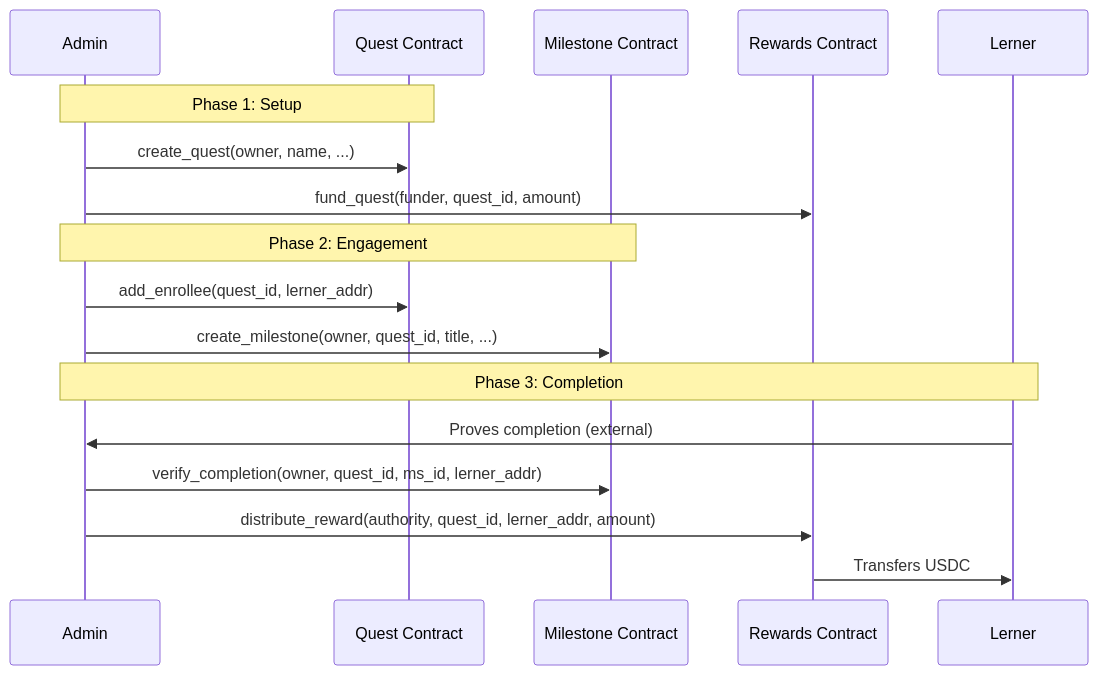
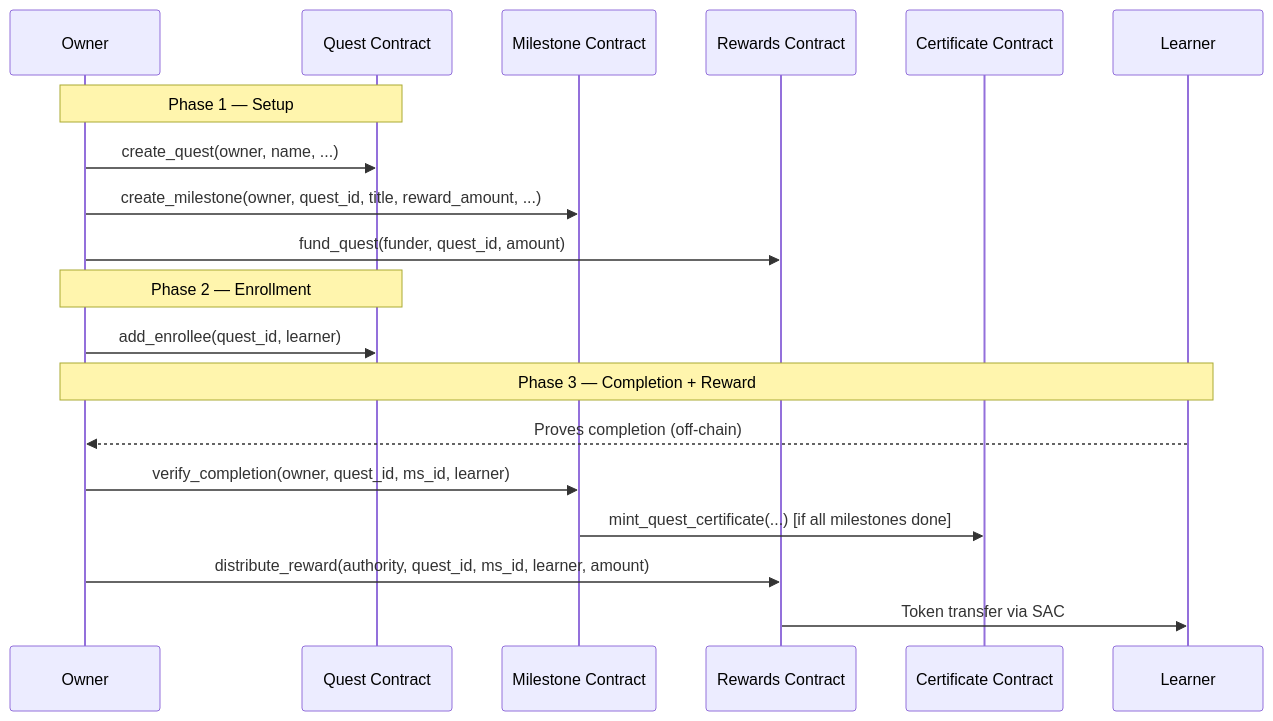
One commit to Bezzy2105/lernza changed the diagram in README.md. Above: the diagram before and after it, drawn with Mermaid. The commit also changed other lines of this file and 9 other files, not shown here.

````diff
--- a/README.md
+++ b/README.md
@@ -133,22 +133,24 @@
 ```mermaid
 sequenceDiagram
-    participant Admin
+    participant Owner
     participant Quest as Quest Contract
     participant Milestone as Milestone Contract
     participant Rewards as Rewards Contract
-    participant Lerner
+    participant Certificate as Certificate Contract
+    participant Learner
 
-    Note over Admin, Quest: Phase 1: Setup
-    Admin->>Quest: create_quest(owner, name, ...)
-    Admin->>Rewards: fund_quest(funder, quest_id, amount)
-    
-    Note over Admin, Milestone: Phase 2: Engagement
-    Admin->>Quest: add_enrollee(quest_id, lerner_addr)
-    Admin->>Milestone: create_milestone(owner, quest_id, title, ...)
-    
-    Note over Admin, Lerner: Phase 3: Completion
-    Lerner->>Admin: Proves completion (external)
-    Admin->>Milestone: verify_completion(owner, quest_id, ms_id, lerner_addr)
-    Admin->>Rewards: distribute_reward(authority, quest_id, lerner_addr, amount)
-    Rewards->>Lerner: Transfers USDC
+    Note over Owner,Quest: Phase 1 — Setup
+    Owner->>Quest: create_quest(owner, name, ...)
+    Owner->>Milestone: create_milestone(owner, quest_id, title, reward_amount, ...)
+    Owner->>Rewards: fund_quest(funder, quest_id, amount)
+
+    Note over Owner,Quest: Phase 2 — Enrollment
+    Owner->>Quest: add_enrollee(quest_id, learner)
+
+    Note over Owner,Learner: Phase 3 — Completion + Reward
+    Learner-->>Owner: Proves completion (off-chain)
+    Owner->>Milestone: verify_completion(owner, quest_id, ms_id, learner)
+    Milestone->>Certificate: mint_quest_certificate(...) [if all milestones done]
+    Owner->>Rewards: distribute_reward(authority, quest_id, ms_id, learner, amount)
+    Rewards->>Learner: Token transfer via SAC
 ```
````
